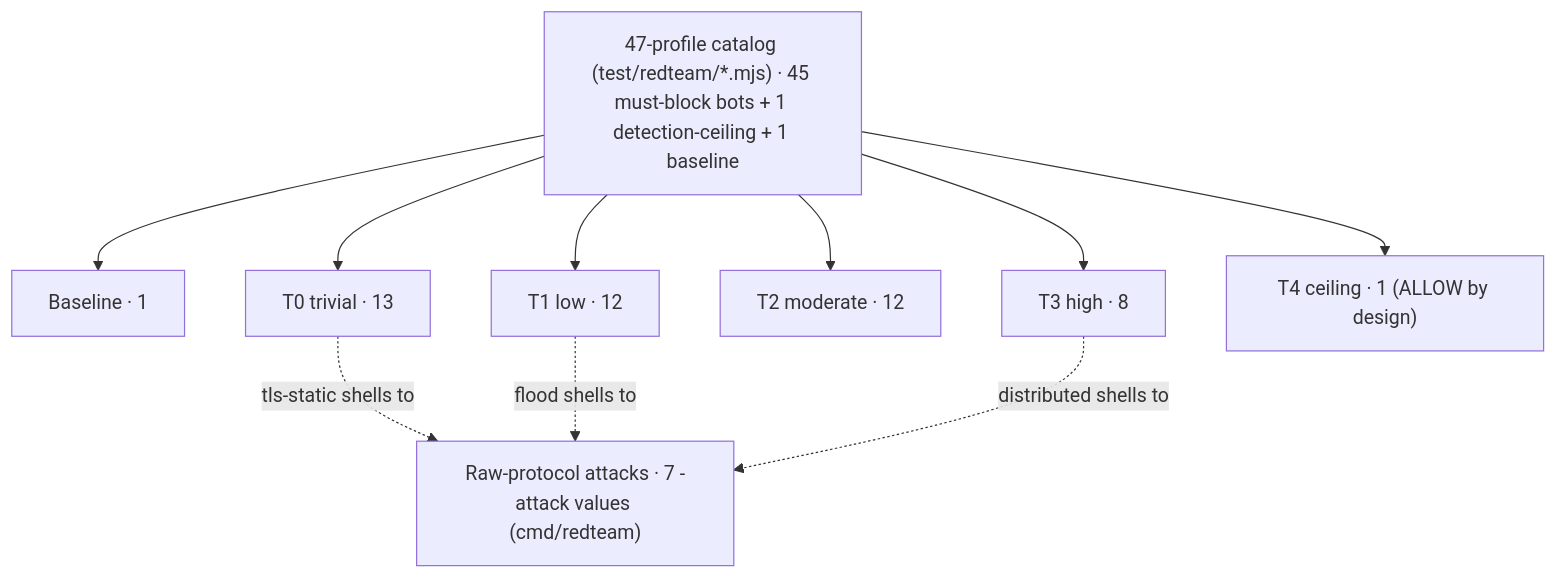
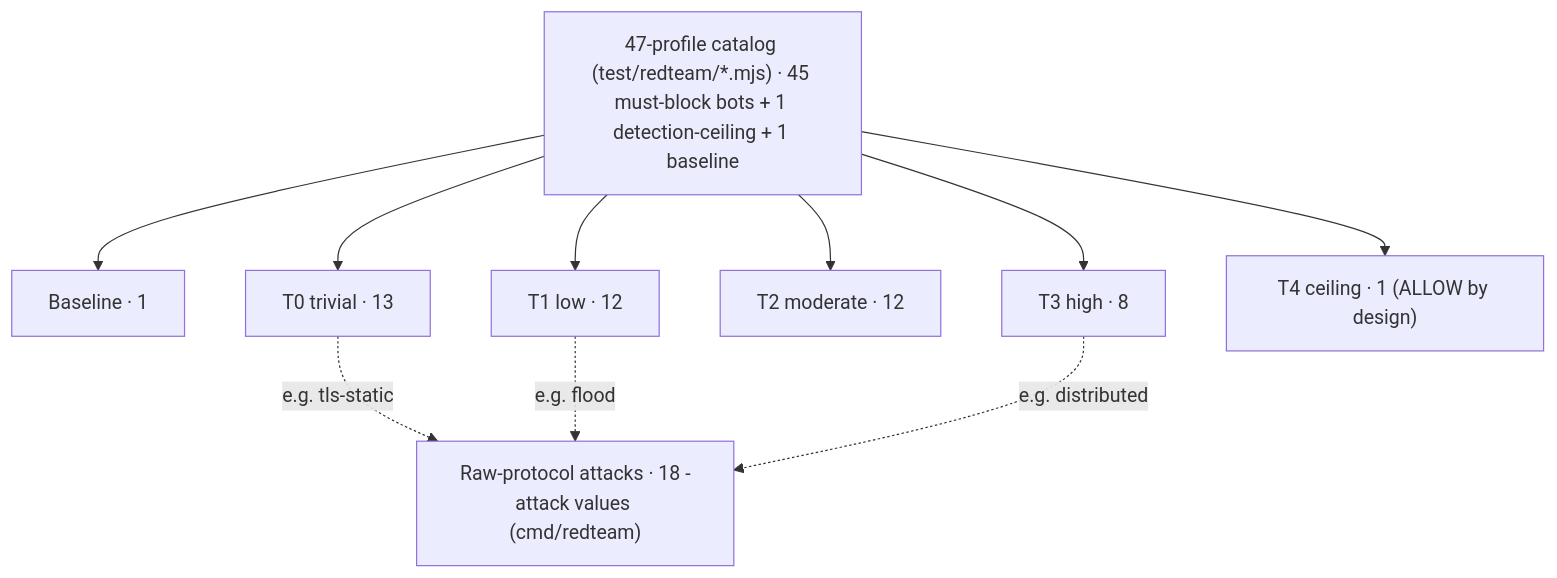
Before and after one commit to modootoday/humanymous: the diagram in docs/reference/red-team-catalog.md, drawn with Mermaid. The commit also changed other lines of this file and 36 other files, not shown here.

````diff
--- a/docs/reference/red-team-catalog.md
+++ b/docs/reference/red-team-catalog.md
@@ -67,14 +67,14 @@
 ```mermaid
 flowchart TD
   CAT["47-profile catalog (test/redteam/*.mjs) · 45 must-block bots + 1 detection-ceiling + 1 baseline"]
   CAT --> BASE["Baseline · 1"]
   CAT --> T0["T0 trivial · 13"]
   CAT --> T1["T1 low · 12"]
   CAT --> T2["T2 moderate · 12"]
   CAT --> T3["T3 high · 8"]
   CAT --> T4["T4 ceiling · 1 (ALLOW by design)"]
-  RAW["Raw-protocol attacks · 7 -attack values (cmd/redteam)"]
-  T0 -. "tls-static shells to" .-> RAW
-  T1 -. "flood shells to" .-> RAW
-  T3 -. "distributed shells to" .-> RAW
+  RAW["Raw-protocol attacks · 18 -attack values (cmd/redteam)"]
+  T0 -. "e.g. tls-static" .-> RAW
+  T1 -. "e.g. flood" .-> RAW
+  T3 -. "e.g. distributed" .-> RAW
 ```
````
